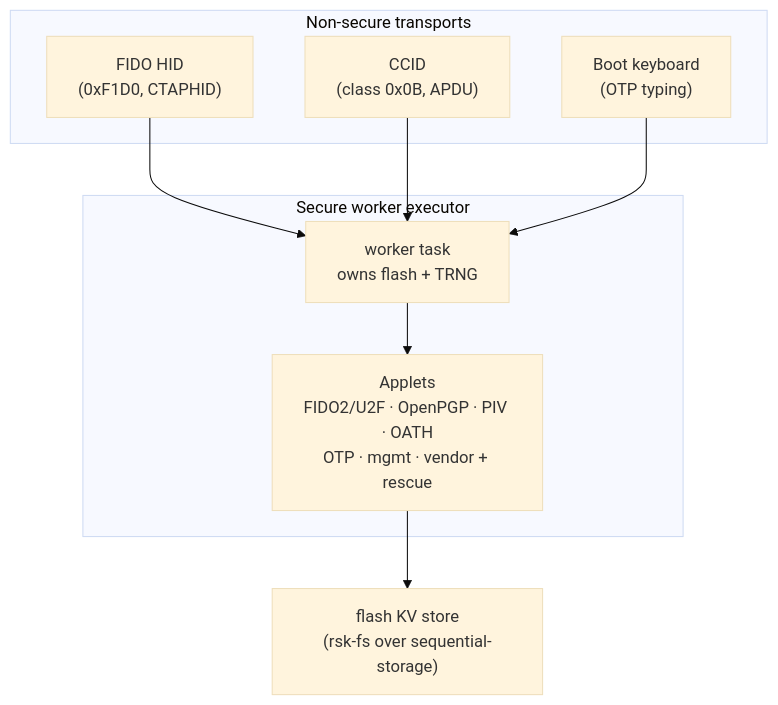
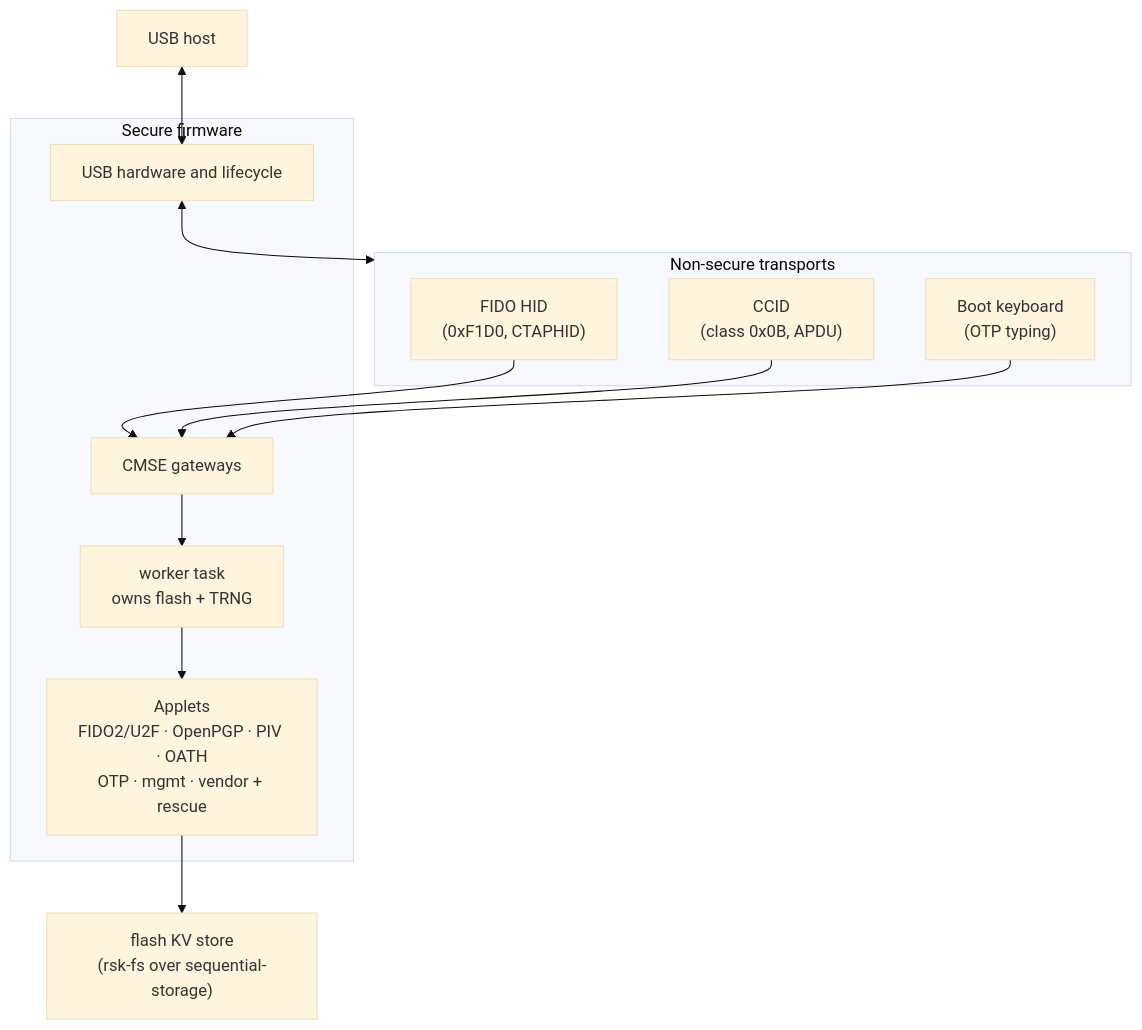
Before and after one commit to TheMaxMur/RS-Key: the diagram in docs/architecture.md, drawn with Mermaid (base theme). The commit also changed other lines of this file and 84 other files, not shown here.

First line of the commit message:
docs: reorganize architecture and testing

````diff
--- a/docs/architecture.md
+++ b/docs/architecture.md
@@ -25,16 +13,21 @@
 ```mermaid
 flowchart TD
     subgraph irq["Non-secure transports"]
       fido["FIDO HID<br/>(0xF1D0, CTAPHID)"]
       ccid["CCID<br/>(class 0x0B, APDU)"]
       kbd["Boot keyboard<br/>(OTP typing)"]
     end
-    fido --> worker
-    ccid --> worker
-    kbd --> worker
-    subgraph thread["Secure worker executor"]
+    subgraph thread["Secure firmware"]
+      controller["USB hardware and lifecycle"]
+      gateway["CMSE gateways"]
+      gateway --> worker
       worker["worker task<br/>owns flash + TRNG"]
       worker --> applets["Applets<br/>FIDO2/U2F · OpenPGP · PIV · OATH<br/>OTP · mgmt · vendor + rescue"]
     end
+    host["USB host"] <--> controller
+    controller <--> irq
+    fido --> gateway
+    ccid --> gateway
+    kbd --> gateway
     applets --> fs["flash KV store<br/>(rsk-fs over sequential-storage)"]
 ```
````
